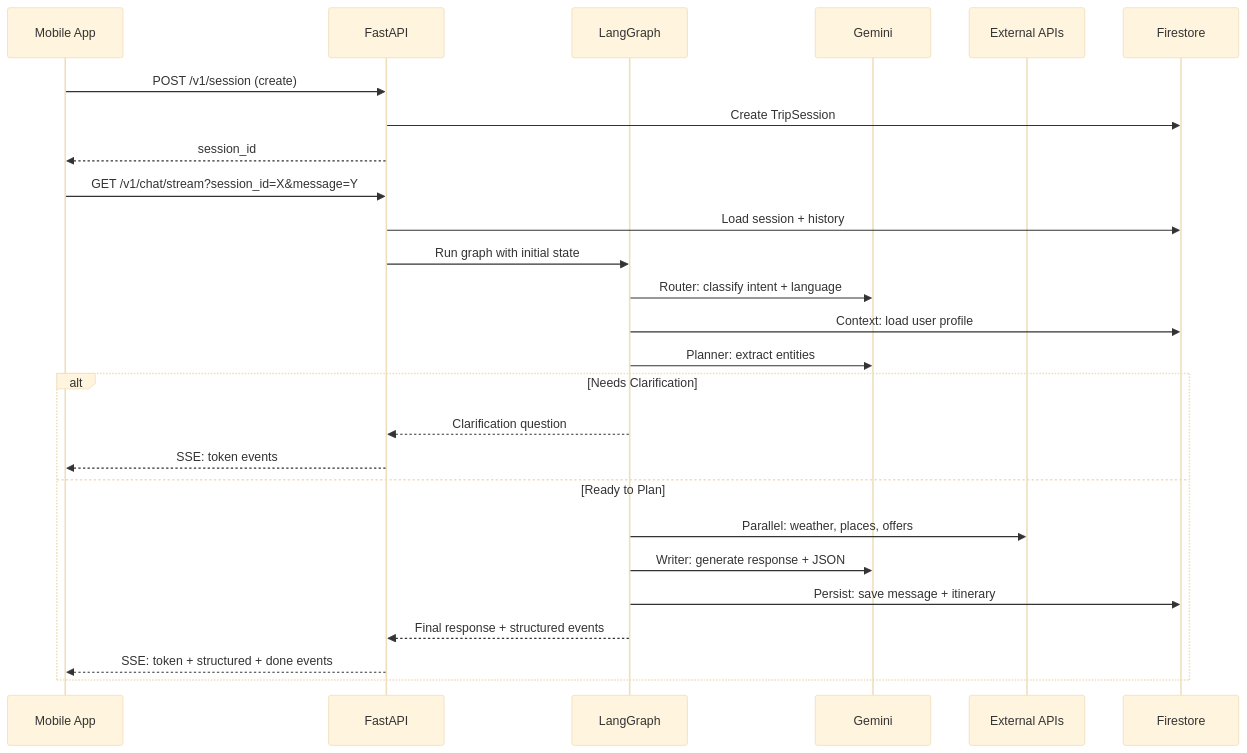
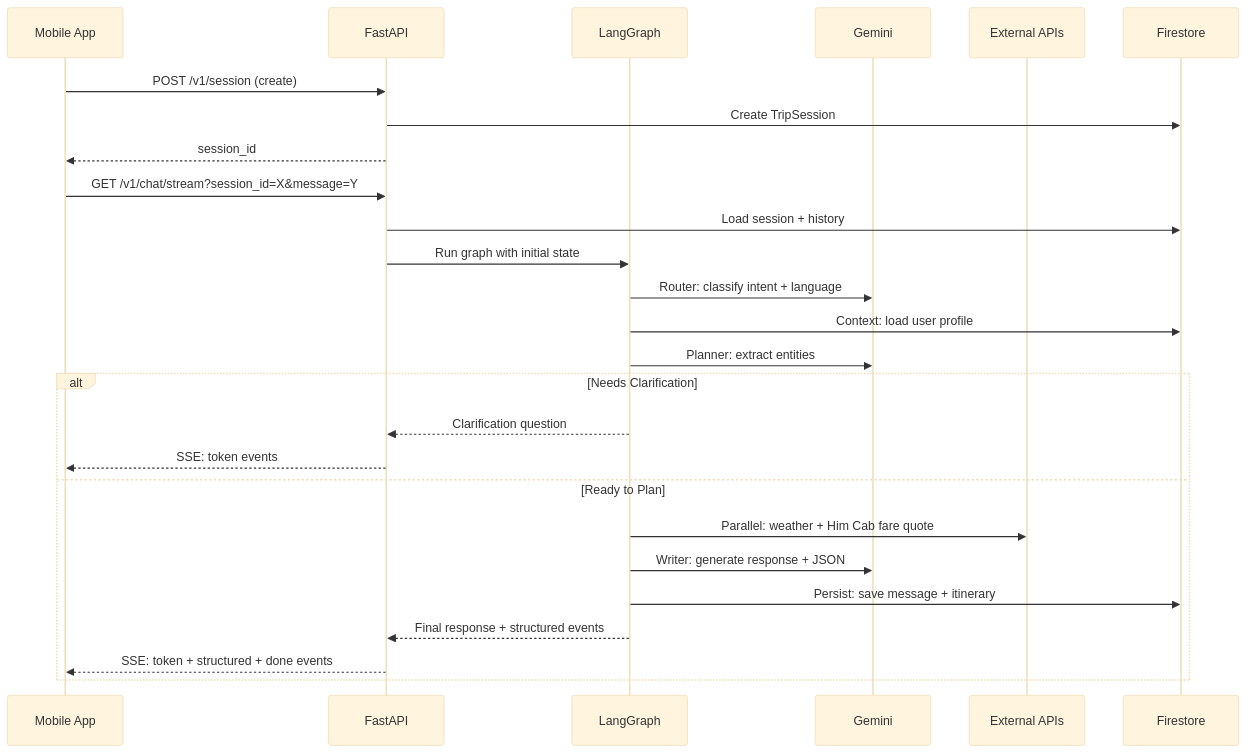
Before and after one commit to immersivedata-ai/HimCab_chatbot: the second of 2 diagrams in docs/architecture.md, drawn with Mermaid (base theme). The commit also changed other lines of this file and 72 other files, not shown here.

````diff
--- a/docs/architecture.md
+++ b/docs/architecture.md
@@ -66,32 +60,32 @@
 ```mermaid
 sequenceDiagram
     participant App as Mobile App
     participant API as FastAPI
     participant Agent as LangGraph
     participant LLM as Gemini
     participant Tools as External APIs
     participant DB as Firestore
 
     App->>API: POST /v1/session (create)
     API->>DB: Create TripSession
     API-->>App: session_id
 
     App->>API: GET /v1/chat/stream?session_id=X&message=Y
     API->>DB: Load session + history
     API->>Agent: Run graph with initial state
 
     Agent->>LLM: Router: classify intent + language
     Agent->>DB: Context: load user profile
     Agent->>LLM: Planner: extract entities
 
     alt Needs Clarification
         Agent-->>API: Clarification question
         API-->>App: SSE: token events
     else Ready to Plan
-        Agent->>Tools: Parallel: weather, places, offers
+        Agent->>Tools: Parallel: weather + Him Cab fare quote
         Agent->>LLM: Writer: generate response + JSON
         Agent->>DB: Persist: save message + itinerary
         Agent-->>API: Final response + structured events
         API-->>App: SSE: token + structured + done events
     end
 ```
````
